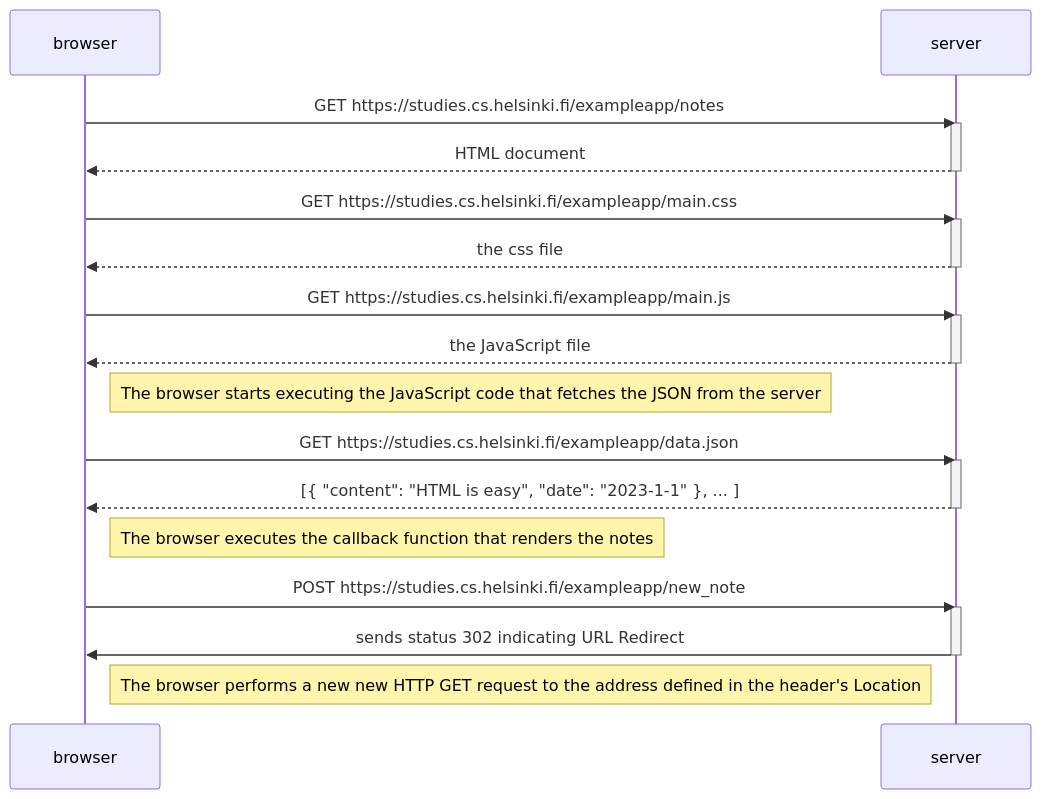
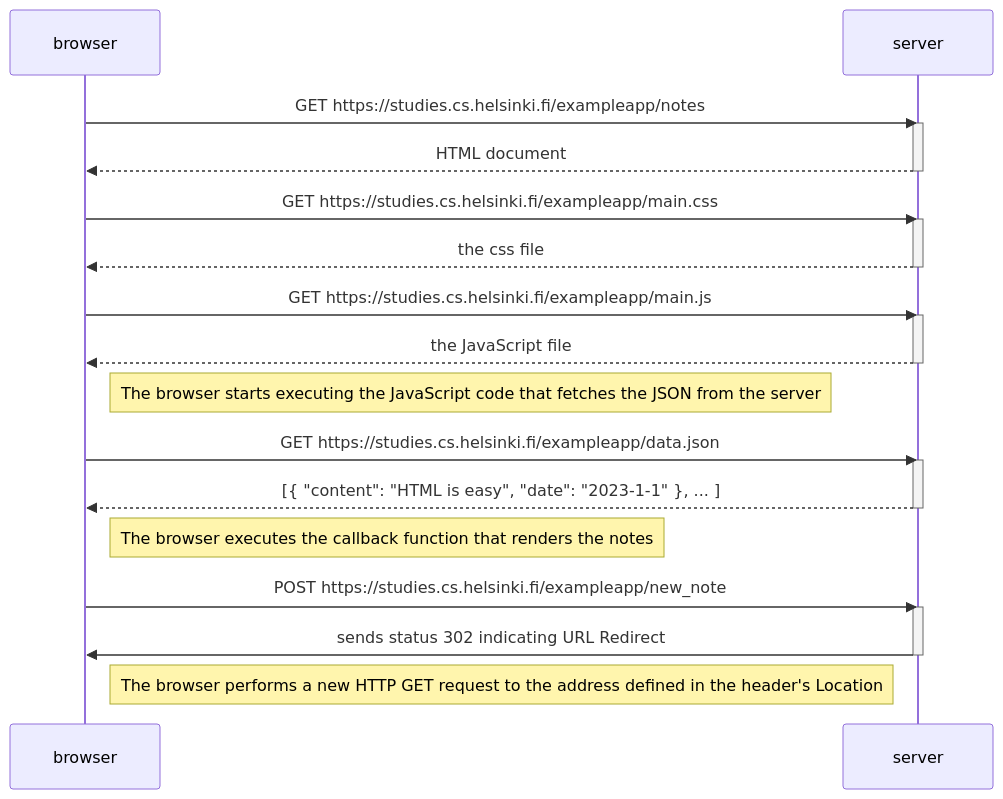
The diagram in note_diagram.md (Ankit141414/part0), drawn with Mermaid before and after one commit.

Commit message:
correcting typo

````diff
--- a/note_diagram.md
+++ b/note_diagram.md
@@ -1,36 +1,36 @@
 ```mermaid
 sequenceDiagram
     participant browser
     participant server
 
     browser->>server: GET https://studies.cs.helsinki.fi/exampleapp/notes
     activate server
     server-->>browser: HTML document
     deactivate server
 
     browser->>server: GET https://studies.cs.helsinki.fi/exampleapp/main.css
     activate server
     server-->>browser: the css file
     deactivate server
 
     browser->>server: GET https://studies.cs.helsinki.fi/exampleapp/main.js
     activate server
     server-->>browser: the JavaScript file
     deactivate server
 
     Note right of browser: The browser starts executing the JavaScript code that fetches the JSON from the server
 
     browser->>server: GET https://studies.cs.helsinki.fi/exampleapp/data.json
     activate server
     server-->>browser: [{ "content": "HTML is easy", "date": "2023-1-1" }, ... ]
     deactivate server
 
     Note right of browser: The browser executes the callback function that renders the notes
 
     browser ->>server: POST https://studies.cs.helsinki.fi/exampleapp/new_note
     activate server 
     server ->> browser : sends status 302 indicating URL Redirect
     deactivate server
 
-    Note right of browser: The browser performs a new new HTTP GET request to the address defined in the header's Location
+    Note right of browser: The browser performs a new HTTP GET request to the address defined in the header's Location
 ```
````
